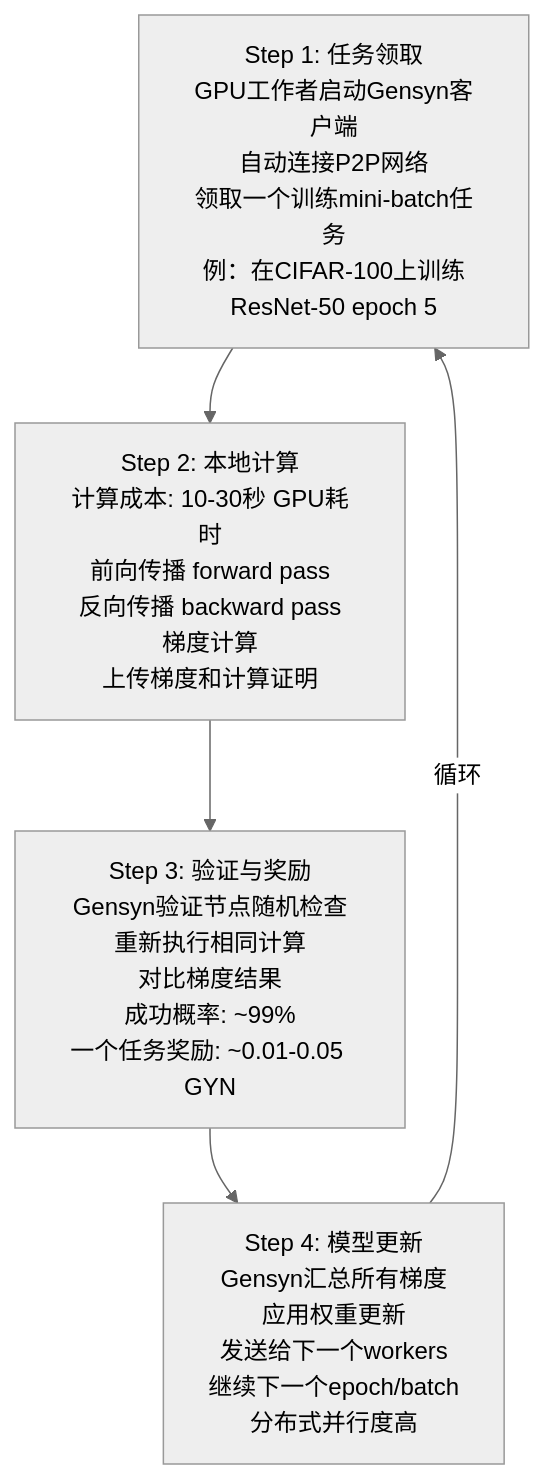
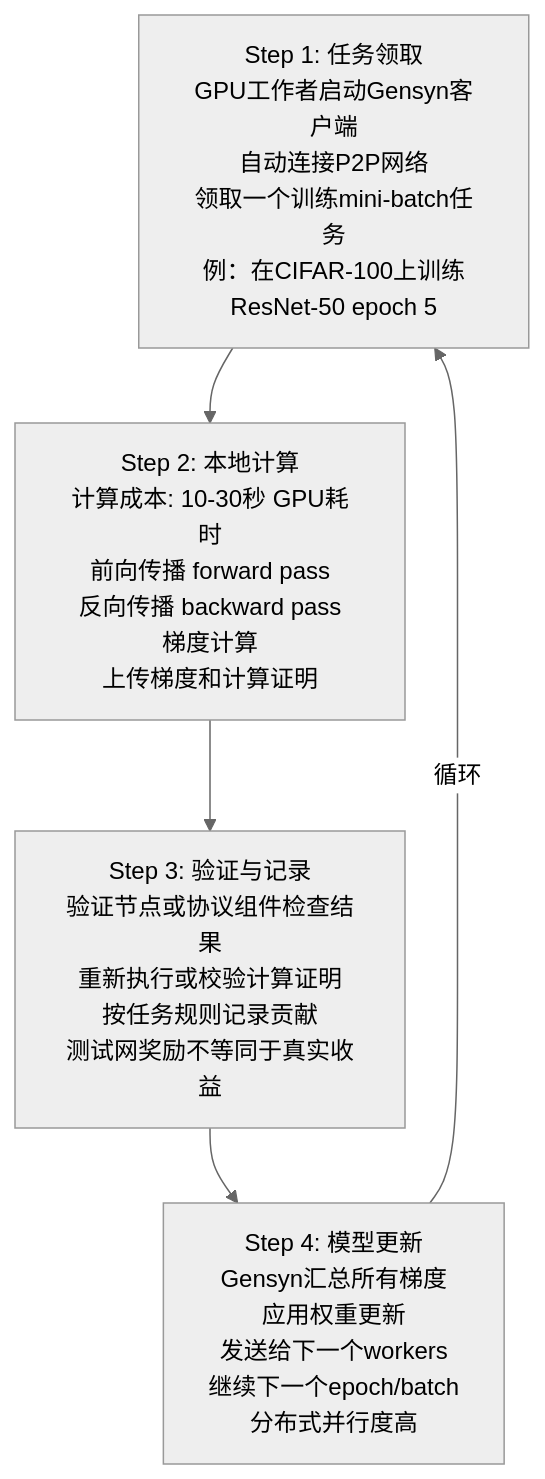
The second of 2 diagrams in 15_frontiers/ai_web3_deep_cases.md (yeasy/blockchain_guide), drawn with Mermaid (neutral theme) before and after one commit. The commit also changed other lines of this file and 110 other files, not shown here.

````diff
--- a/15_frontiers/ai_web3_deep_cases.md
+++ b/15_frontiers/ai_web3_deep_cases.md
@@ -620,12 +620,12 @@
 ```mermaid
 graph TD
     A["Step 1: 任务领取<br/>GPU工作者启动Gensyn客户端<br/>自动连接P2P网络<br/>领取一个训练mini-batch任务<br/>例：在CIFAR-100上训练ResNet-50 epoch 5"]
     B["Step 2: 本地计算<br/>计算成本: 10-30秒 GPU耗时<br/>前向传播 forward pass<br/>反向传播 backward pass<br/>梯度计算<br/>上传梯度和计算证明"]
-    C["Step 3: 验证与奖励<br/>Gensyn验证节点随机检查<br/>重新执行相同计算<br/>对比梯度结果<br/>成功概率: ~99%<br/>一个任务奖励: ~0.01-0.05 GYN"]
+    C["Step 3: 验证与记录<br/>验证节点或协议组件检查结果<br/>重新执行或校验计算证明<br/>按任务规则记录贡献<br/>测试网奖励不等同于真实收益"]
     D["Step 4: 模型更新<br/>Gensyn汇总所有梯度<br/>应用权重更新<br/>发送给下一个workers<br/>继续下一个epoch/batch<br/>分布式并行度高"]
 
     A --> B
     B --> C
     C --> D
     D -->|循环| A
 ```
````
